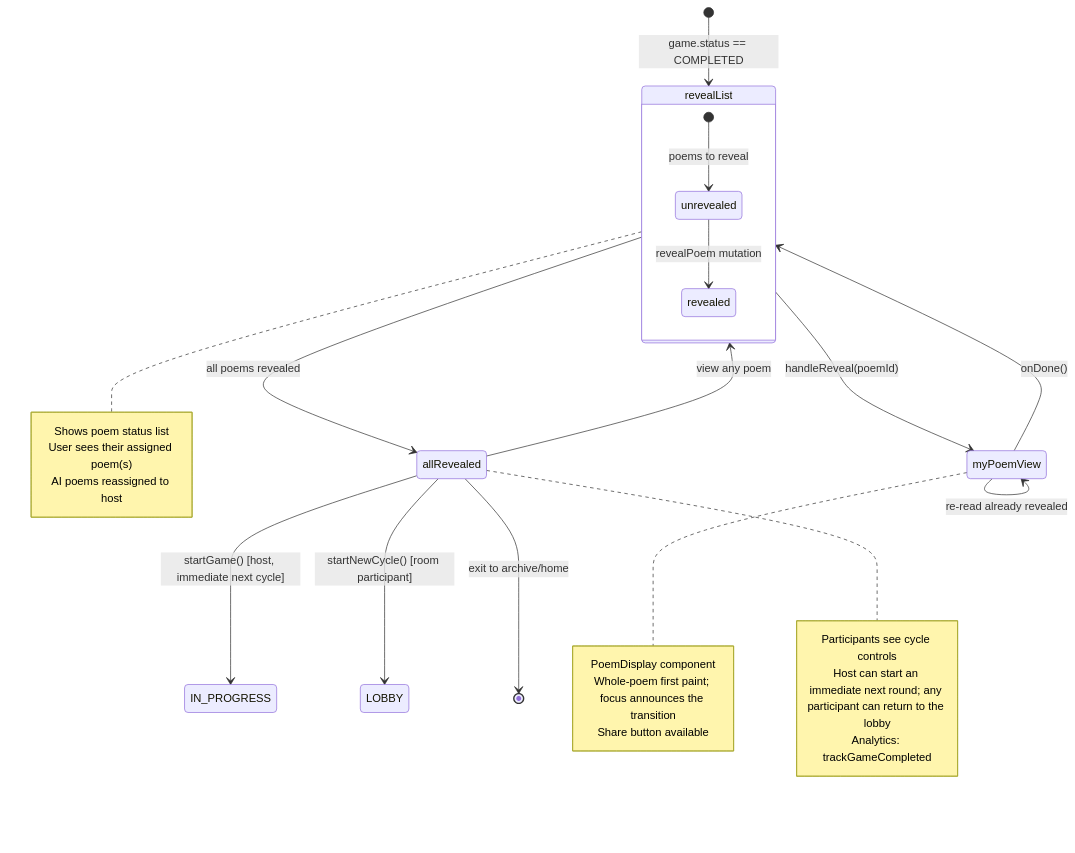
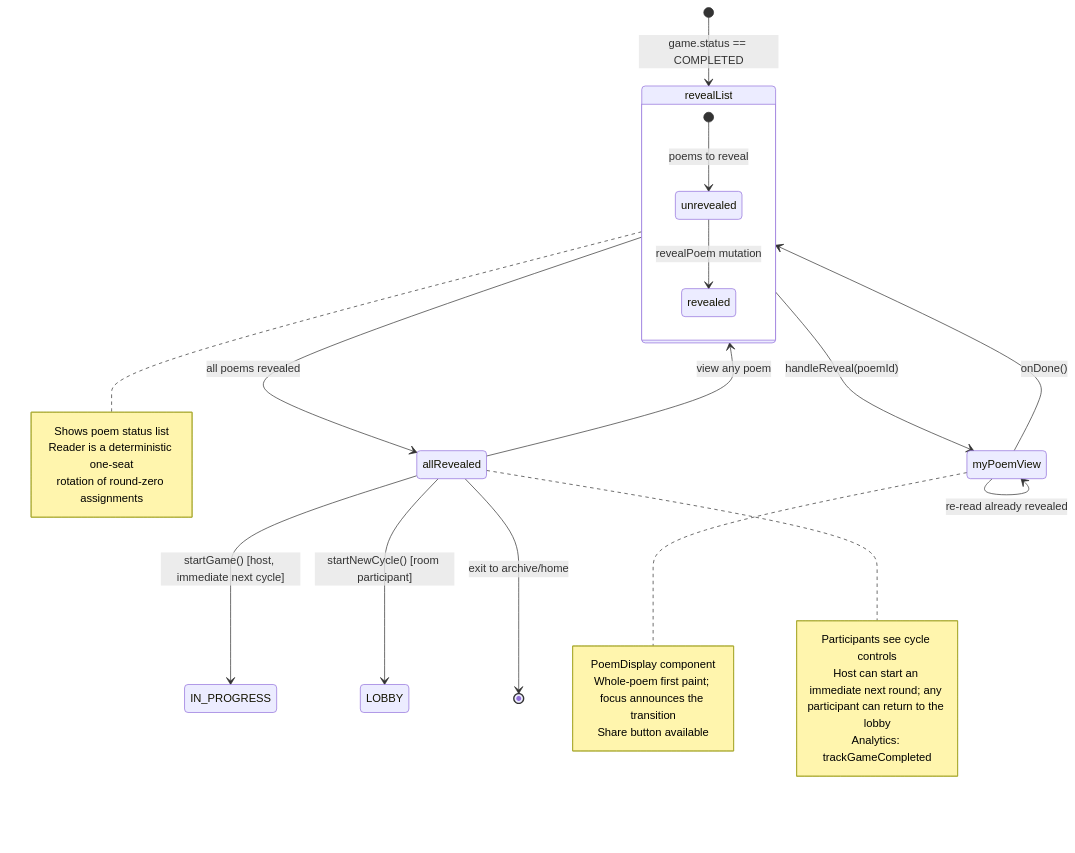
Before and after one commit to misty-step/linejam: the fourth of 6 diagrams in docs/state-diagrams.md, drawn with Mermaid. The commit also changed other lines of this file and 126 other files, not shown here.

````diff
--- a/docs/state-diagrams.md
+++ b/docs/state-diagrams.md
@@ -222,39 +166,39 @@
 ```mermaid
 stateDiagram-v2
     [*] --> revealList : game.status == COMPLETED
 
     revealList --> myPoemView : handleReveal(poemId)
 
     myPoemView --> revealList : onDone()
     myPoemView --> myPoemView : re-read already revealed
 
     revealList --> allRevealed : all poems revealed
 
     allRevealed --> revealList : view any poem
     allRevealed --> IN_PROGRESS : startGame() [host, immediate next cycle]
     allRevealed --> LOBBY : startNewCycle() [room participant]
     allRevealed --> [*] : exit to archive/home
 
     state revealList {
         [*] --> unrevealed : poems to reveal
         unrevealed --> revealed : revealPoem mutation
     }
 
     note right of revealList
         Shows poem status list
-        User sees their assigned poem(s)
-        AI poems reassigned to host
+        Reader is a deterministic one-seat
+        rotation of round-zero assignments
     end note
 
     note right of myPoemView
         PoemDisplay component
         Whole-poem first paint; focus announces the transition
         Share button available
     end note
 
     note right of allRevealed
         Participants see cycle controls
         Host can start an immediate next round; any participant can return to the lobby
         Analytics: trackGameCompleted
     end note
 ```
````
